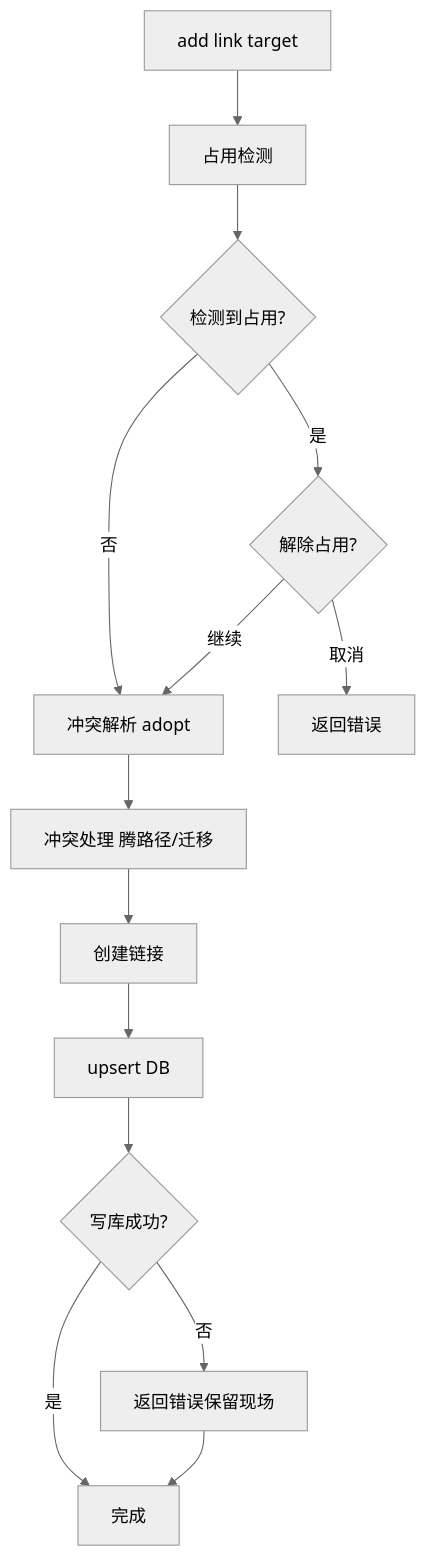
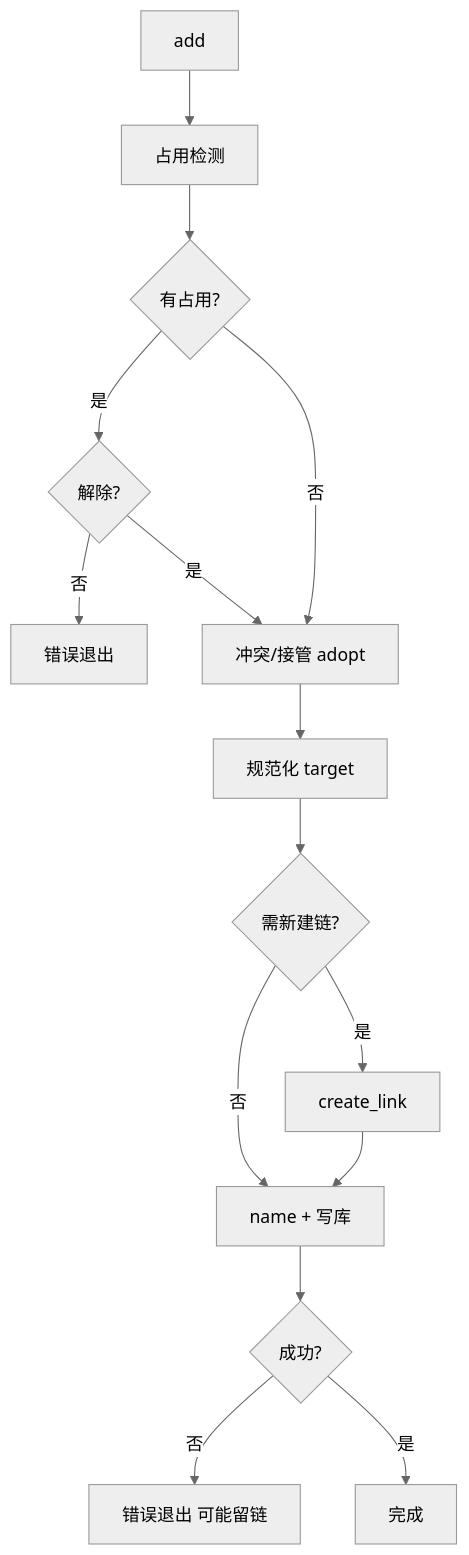
The first of 2 diagrams in README.md (835519608/symm), drawn with Mermaid (neutral theme) before and after one commit. The commit also changed other lines of this file and 2 other files, not shown here.

````diff
--- a/README.md
+++ b/README.md
@@ -170,16 +180,17 @@
 ```mermaid
 flowchart TB
-start[add link target] --> lockCheck[占用检测]
-lockCheck --> hasLock{检测到占用?}
-hasLock -->|否| conflict[冲突解析 adopt]
-hasLock -->|是| unlockChoice{解除占用?}
-unlockChoice -->|取消| failCancel[返回错误]
-unlockChoice -->|继续| conflict
-conflict --> prep[冲突处理 腾路径/迁移]
-prep --> createLink[创建链接]
-createLink --> upsert[upsert DB]
-upsert --> ok{写库成功?}
+start[add] --> lock[占用检测]
+lock --> locked{有占用?}
+locked -->|是| unlock{解除?}
+unlock -->|否| err1[错误退出]
+unlock -->|是| adopt
+locked -->|否| adopt[冲突/接管 adopt]
+adopt --> norm[规范化 target]
+norm --> needLink{需新建链?}
+needLink -->|是| create[create_link]
+needLink -->|否| name[name + 写库]
+create --> name
+name --> ok{成功?}
+ok -->|否| err2[错误退出 可能留链]
 ok -->|是| done[完成]
-ok -->|否| fail[返回错误保留现场]
-fail --> done
 ```
````
